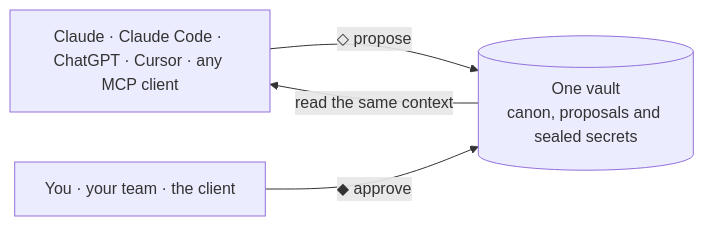
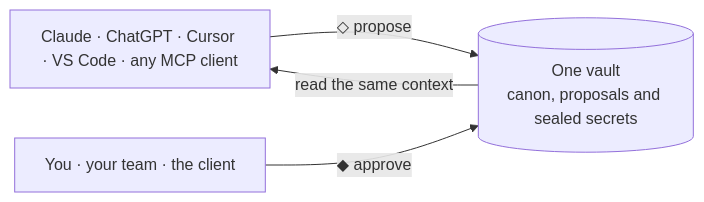
The diagram in README.md (andersthemagi/reliquary), drawn with Mermaid before and after one commit. The commit also changed other lines of this file, not shown here.

First line of the commit message:
docs(readme): why Reliquary, VS Code in the tools, roles not names

````diff
--- a/README.md
+++ b/README.md
@@ -30,9 +30,9 @@
 ```mermaid
 flowchart LR
-  tools["Claude · Claude Code · ChatGPT · Cursor · any MCP client"]
+  tools["Claude · ChatGPT · Cursor · VS Code · any MCP client"]
   vault[("One vault<br>canon, proposals and sealed secrets")]
   people["You · your team · the client"]
   tools -- "◇ propose" --> vault
   people -- "◆ approve" --> vault
   vault -- "read the same context" --> tools
 ```
````
